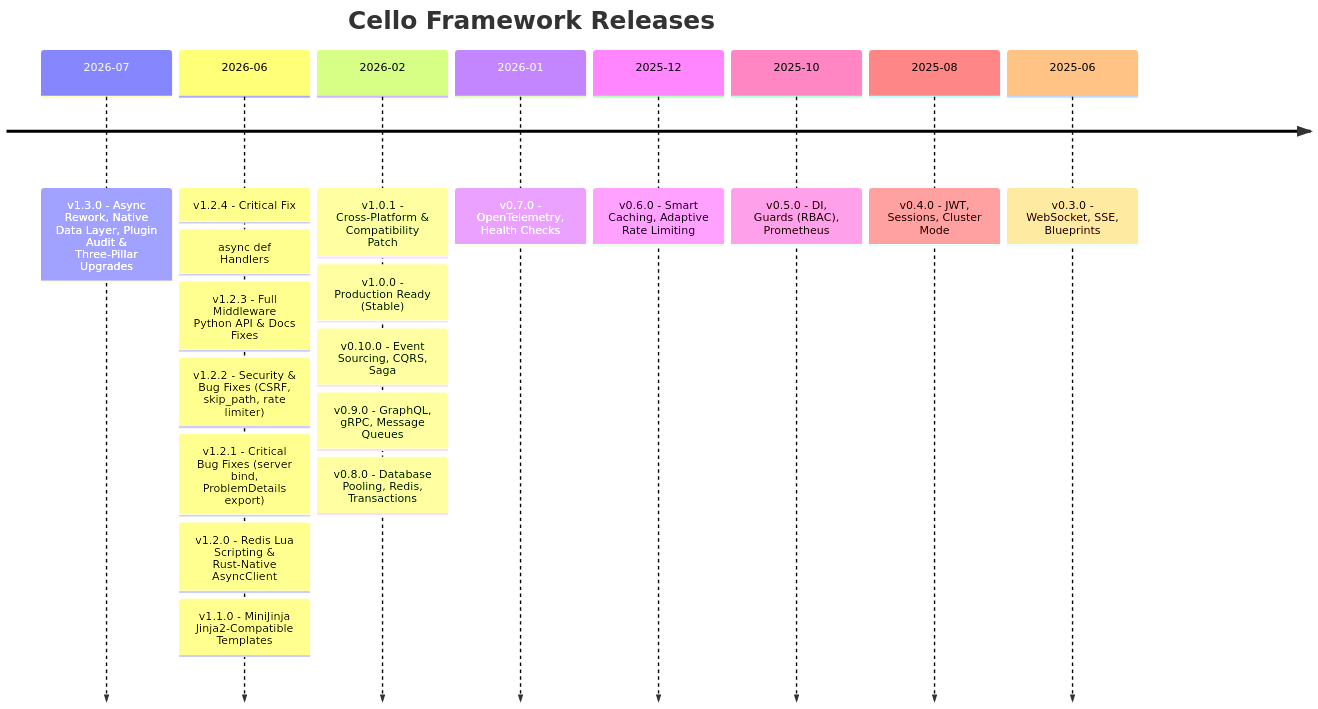
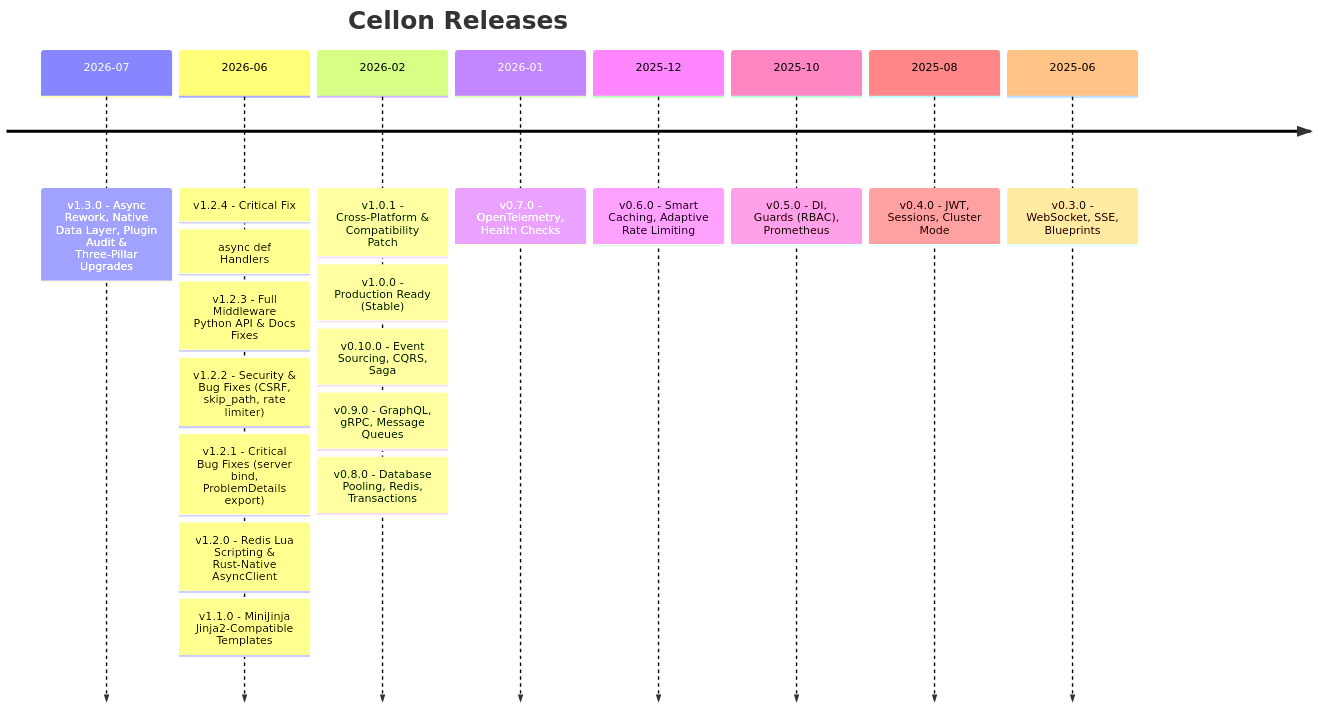
The diagram in docs/releases/index.md (shuans/cellon), drawn with Mermaid before and after one commit. The commit also changed other lines of this file and 91 other files, not shown here.

````diff
--- a/docs/releases/index.md
+++ b/docs/releases/index.md
@@ -38,21 +38,21 @@
 ```mermaid
 timeline
-    title Cello Framework Releases
+    title Cellon Releases
     2026-07 : v1.3.0 - Async Rework, Native Data Layer, Plugin Audit & Three-Pillar Upgrades
     2026-06 : v1.2.4 - Critical Fix: async def Handlers
             : v1.2.3 - Full Middleware Python API & Docs Fixes
             : v1.2.2 - Security & Bug Fixes (CSRF, skip_path, rate limiter)
             : v1.2.1 - Critical Bug Fixes (server bind, ProblemDetails export)
             : v1.2.0 - Redis Lua Scripting & Rust-Native AsyncClient
             : v1.1.0 - MiniJinja Jinja2-Compatible Templates
     2026-02 : v1.0.1 - Cross-Platform & Compatibility Patch
             : v1.0.0 - Production Ready (Stable)
             : v0.10.0 - Event Sourcing, CQRS, Saga
             : v0.9.0 - GraphQL, gRPC, Message Queues
             : v0.8.0 - Database Pooling, Redis, Transactions
     2026-01 : v0.7.0 - OpenTelemetry, Health Checks
     2025-12 : v0.6.0 - Smart Caching, Adaptive Rate Limiting
     2025-10 : v0.5.0 - DI, Guards (RBAC), Prometheus
     2025-08 : v0.4.0 - JWT, Sessions, Cluster Mode
     2025-06 : v0.3.0 - WebSocket, SSE, Blueprints
 ```
````
